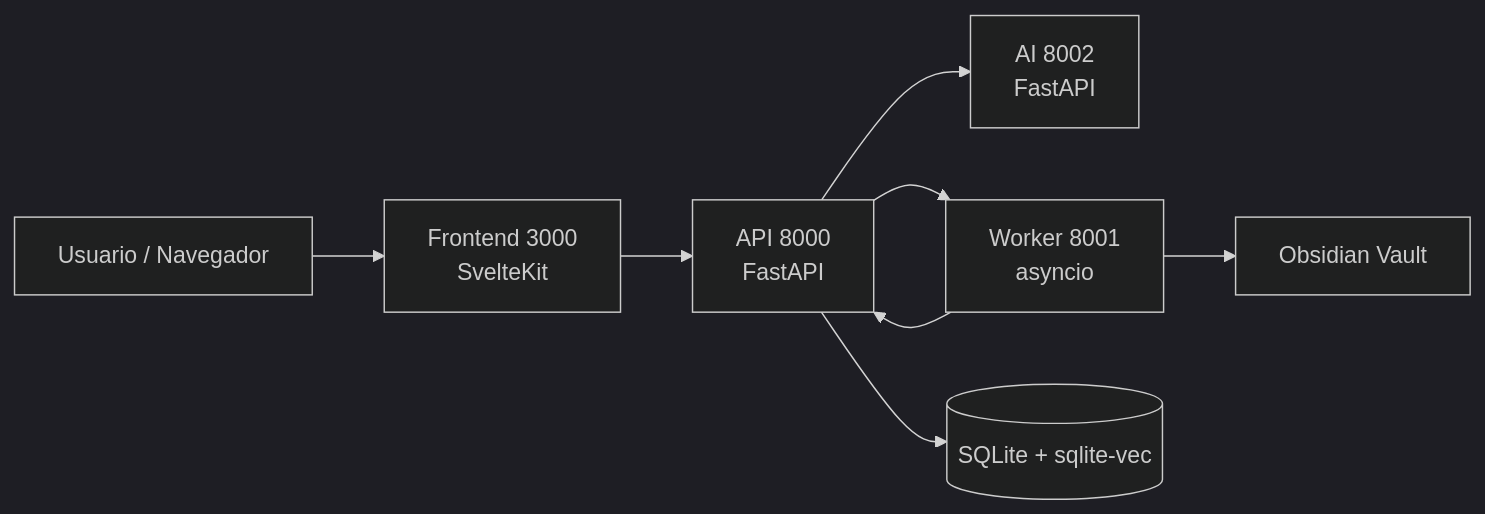
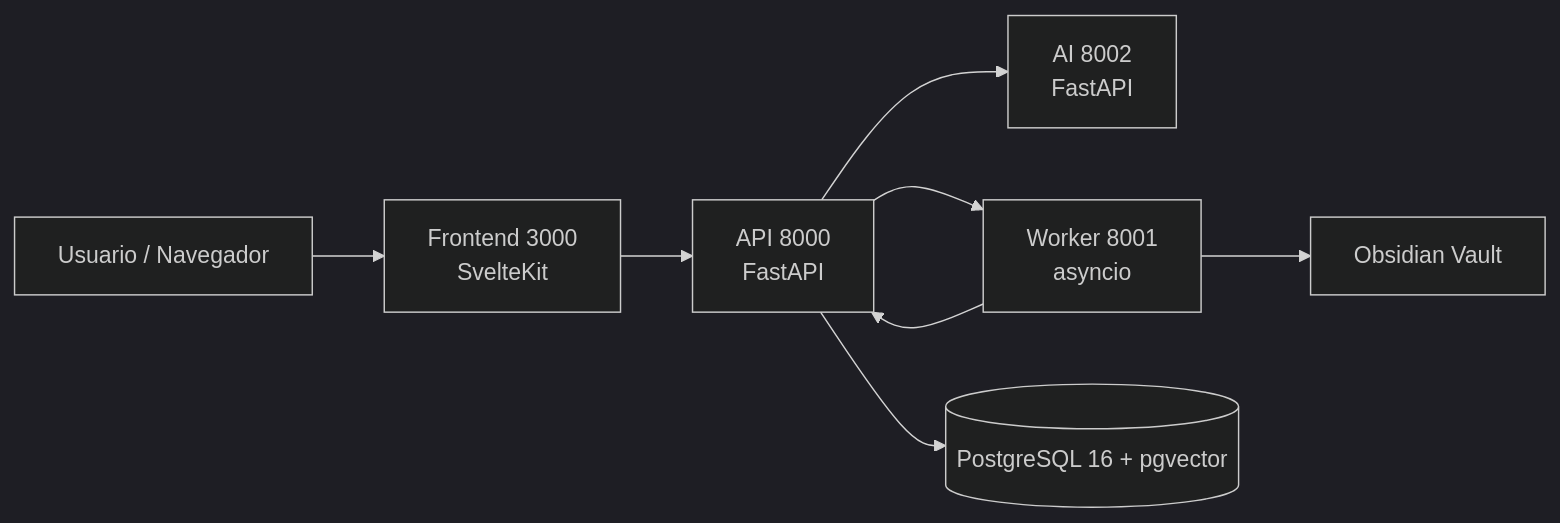
Before and after one commit to Axel-DaMage/joidy: the diagram in QUICKSTART.md, drawn with Mermaid (dark theme). The commit also changed other lines of this file and 3 other files, not shown here.

First line of the commit message:
fix(infra,docs): correct pytest coverage source and update docs to PostgreSQL

````diff
--- a/QUICKSTART.md
+++ b/QUICKSTART.md
@@ -66,18 +66,18 @@
 ```mermaid
 graph LR
     User[Usuario / Navegador]
     FE[Frontend 3000<br/>SvelteKit]
     API[API 8000<br/>FastAPI]
     AI[AI 8002<br/>FastAPI]
     Worker[Worker 8001<br/>asyncio]
-    DB[(SQLite + sqlite-vec)]
+    DB[(PostgreSQL 16 + pgvector)]
     Vault[Obsidian Vault]
 
     User --> FE
     FE --> API
     API --> DB
     API --> AI
     API --> Worker
     Worker --> Vault
     Worker --> API
 ```
````
